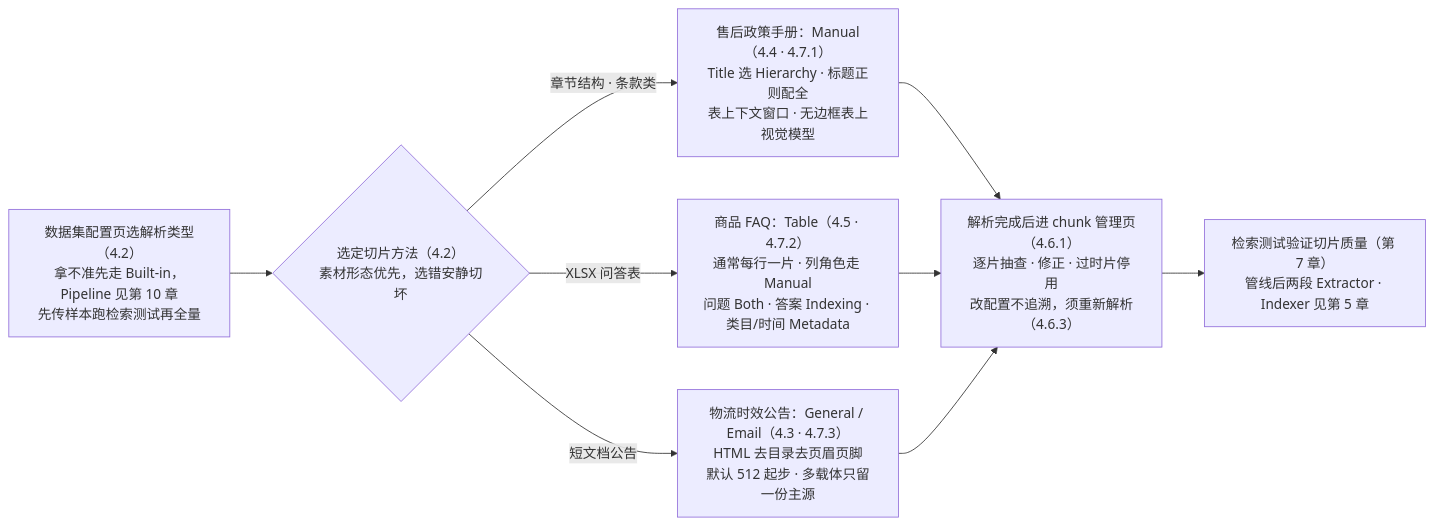
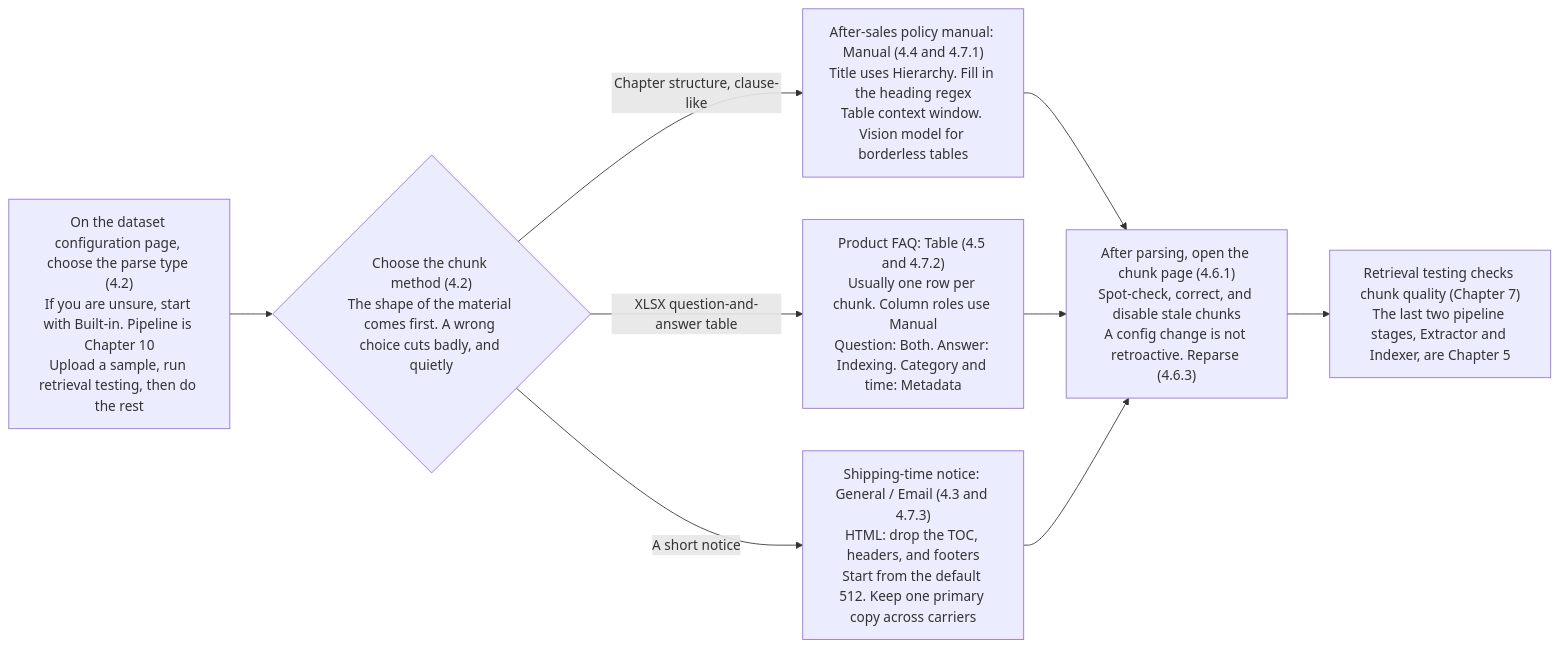
Before and after one commit to ybak/ai-tutorial: the first of 3 diagrams in books/ragflow/en/chapters/04-parsing-chunking.md, drawn with Mermaid. The commit also changed other lines of this file and 16 other files, not shown here.

First line of the commit message:
docs(ragflow): 按审阅改英文图、注释和正文

````diff
--- a/books/ragflow/en/chapters/04-parsing-chunking.md
+++ b/books/ragflow/en/chapters/04-parsing-chunking.md
@@ -11,11 +11,11 @@
 ```mermaid
 flowchart LR
-    A["数据集配置页选解析类型（4.2）<br/>拿不准先走 Built-in，Pipeline 见第 10 章<br/>先传样本跑检索测试再全量"] --> B{"选定切片方法（4.2）<br/>素材形态优先，选错安静切坏"}
-    B -->|"章节结构 · 条款类"| C["售后政策手册：Manual（4.4 · 4.7.1）<br/>Title 选 Hierarchy · 标题正则配全<br/>表上下文窗口 · 无边框表上视觉模型"]
-    B -->|"XLSX 问答表"| D["商品 FAQ：Table（4.5 · 4.7.2）<br/>通常每行一片 · 列角色走 Manual<br/>问题 Both · 答案 Indexing · 类目/时间 Metadata"]
-    B -->|"短文档公告"| E["物流时效公告：General / Email（4.3 · 4.7.3）<br/>HTML 去目录去页眉页脚<br/>默认 512 起步 · 多载体只留一份主源"]
-    C --> F["解析完成后进 chunk 管理页（4.6.1）<br/>逐片抽查 · 修正 · 过时片停用<br/>改配置不追溯，须重新解析（4.6.3）"]
+    A["On the dataset configuration page, choose the parse type (4.2)<br/>If you are unsure, start with Built-in. Pipeline is Chapter 10<br/>Upload a sample, run retrieval testing, then do the rest"] --> B{"Choose the chunk method (4.2)<br/>The shape of the material comes first. A wrong choice cuts badly, and quietly"}
+    B -->|"Chapter structure, clause-like"| C["After-sales policy manual: Manual (4.4 and 4.7.1)<br/>Title uses Hierarchy. Fill in the heading regex<br/>Table context window. Vision model for borderless tables"]
+    B -->|"XLSX question-and-answer table"| D["Product FAQ: Table (4.5 and 4.7.2)<br/>Usually one row per chunk. Column roles use Manual<br/>Question: Both. Answer: Indexing. Category and time: Metadata"]
+    B -->|"A short notice"| E["Shipping-time notice: General / Email (4.3 and 4.7.3)<br/>HTML: drop the TOC, headers, and footers<br/>Start from the default 512. Keep one primary copy across carriers"]
+    C --> F["After parsing, open the chunk page (4.6.1)<br/>Spot-check, correct, and disable stale chunks<br/>A config change is not retroactive. Reparse (4.6.3)"]
     D --> F
     E --> F
-    F --> G["检索测试验证切片质量（第 7 章）<br/>管线后两段 Extractor · Indexer 见第 5 章"]
+    F --> G["Retrieval testing checks chunk quality (Chapter 7)<br/>The last two pipeline stages, Extractor and Indexer, are Chapter 5"]
 ```
````
